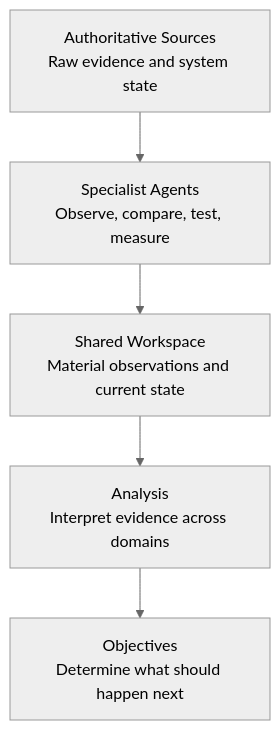
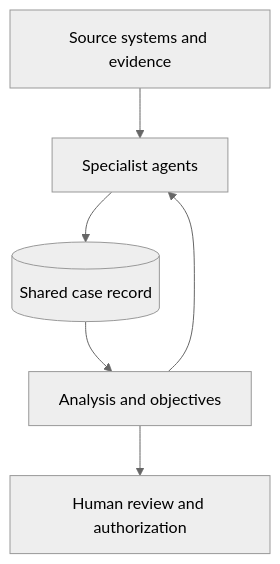
One commit to Presidio-Federal/ai-studio-netops changed the diagram in README.md. Above: the diagram before and after it, drawn with Mermaid (neutral theme). The commit also changed other lines of this file and 15 other files, not shown here.

````diff
--- a/README.md
+++ b/README.md
@@ -71,10 +27,8 @@
 ```mermaid
 flowchart TB
-    Sources["Authoritative Sources<br/>Raw evidence and system state"]
-    Specialists["Specialist Agents<br/>Observe, compare, test, measure"]
-    Workspace["Shared Workspace<br/>Material observations and current state"]
-    Analysis["Analysis<br/>Interpret evidence across domains"]
-    Objectives["Objectives<br/>Determine what should happen next"]
-
-    Sources --> Specialists --> Workspace --> Analysis --> Objectives
+    Sources["Source systems and evidence"] --> Specialists["Specialist agents"]
+    Specialists --> Chart[("Shared case record")]
+    Chart --> Analyzer["Analysis and objectives"]
+    Analyzer --> Specialists
+    Analyzer --> Human["Human review and authorization"]
 ```
````
